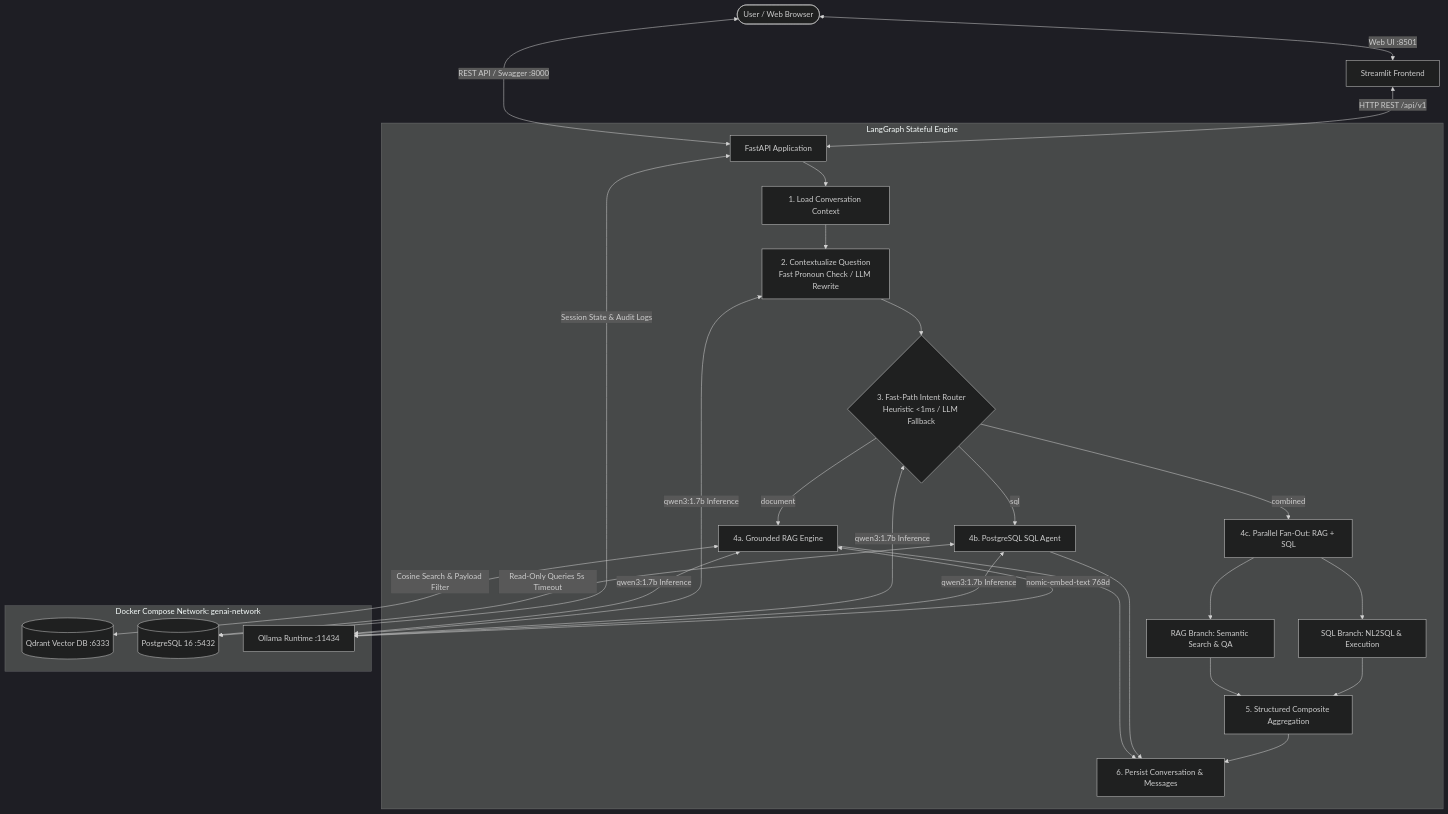
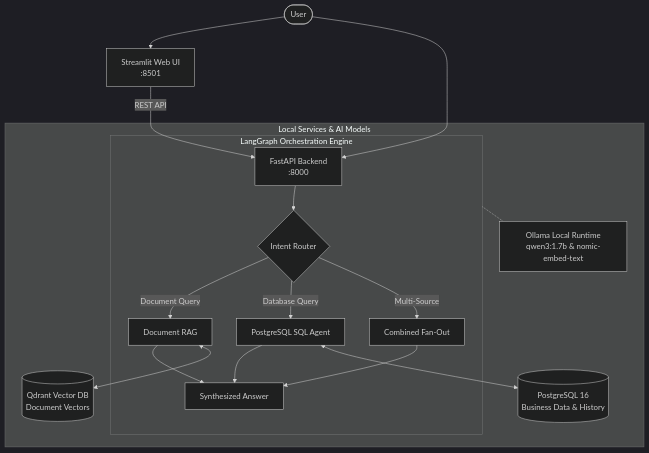
Before and after one commit to anandmindfire/Local-GenAI-Data-Assistant: the diagram in README.md, drawn with Mermaid (dark theme). The commit also changed other lines of this file, not shown here.

Commit message:
docs: simplify architecture mermaid diagram in README

````diff
--- a/README.md
+++ b/README.md
@@ -16,34 +16,22 @@
 ```mermaid
 flowchart TD
-    User([User / Web Browser]) <-->|Web UI :8501| Streamlit[Streamlit Frontend]
-    User <-->|REST API / Swagger :8000| FastAPI[FastAPI Application]
-    Streamlit <-->|HTTP REST /api/v1| FastAPI
+    User(["User"]) --> UI["Streamlit Web UI<br/>:8501"]
+    User --> API["FastAPI Backend<br/>:8000"]
+    UI -->|REST API| API
 
-    subgraph LangGraph Orchestration [LangGraph Stateful Engine]
-        FastAPI --> LoadCtx[1. Load Conversation Context]
-        LoadCtx --> Contextualize[2. Contextualize Question<br/>Fast Pronoun Check / LLM Rewrite]
-        Contextualize --> Router{3. Fast-Path Intent Router<br/>Heuristic &lt;1ms / LLM Fallback}
-
-        Router -->|document| RAG[4a. Grounded RAG Engine]
-        Router -->|sql| SQL[4b. PostgreSQL SQL Agent]
-        Router -->|combined| Parallel[4c. Parallel Fan-Out: RAG + SQL]
-
-        Parallel --> RAG_Branch[RAG Branch: Semantic Search &amp; QA]
-        Parallel --> SQL_Branch[SQL Branch: NL2SQL &amp; Execution]
-
-        RAG_Branch --> Aggregate[5. Structured Composite Aggregation]
-        SQL_Branch --> Aggregate
-
-        RAG --> Persist[6. Persist Conversation &amp; Messages]
-        SQL --> Persist
-        Aggregate --> Persist
+    subgraph Orchestrator ["LangGraph Orchestration Engine"]
+        API --> Router{"Intent Router"}
+        Router -->|Document Query| RAG["Document RAG"]
+        Router -->|Database Query| SQL["PostgreSQL SQL Agent"]
+        Router -->|Multi-Source| Combined["Combined Fan-Out"]
+        RAG --> Answer["Synthesized Answer"]
+        SQL --> Answer
+        Combined --> Answer
     end
 
-    subgraph Local Infrastructure [Docker Compose Network: genai-network]
-        RAG <-->|Cosine Search &amp; Payload Filter| Qdrant[(Qdrant Vector DB :6333)]
-        SQL <-->|Read-Only Queries 5s Timeout| PG[(PostgreSQL 16 :5432)]
-        FastAPI <-->|Session State &amp; Audit Logs| PG
-        RAG & Contextualize & Router & SQL <-->|qwen3:1.7b Inference| Ollama[Ollama Runtime :11434]
-        RAG <-->|nomic-embed-text 768d| Ollama
+    subgraph Storage ["Local Services & AI Models"]
+        RAG <--> Qdrant[("Qdrant Vector DB<br/>Document Vectors")]
+        SQL <--> Postgres[("PostgreSQL 16<br/>Business Data & History")]
+        Orchestrator -.- Ollama["Ollama Local Runtime<br/>qwen3:1.7b & nomic-embed-text"]
     end
 ```
````
